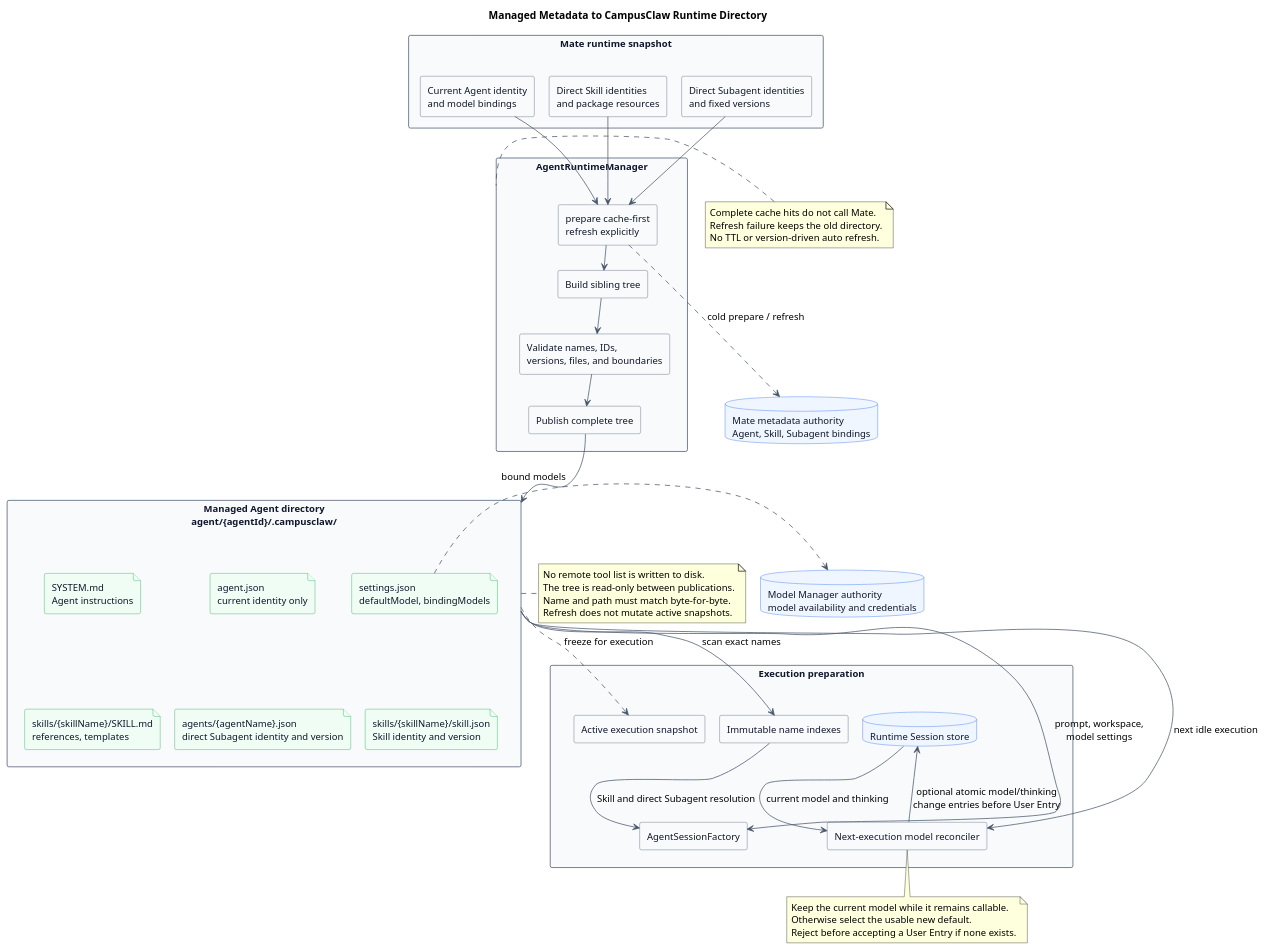
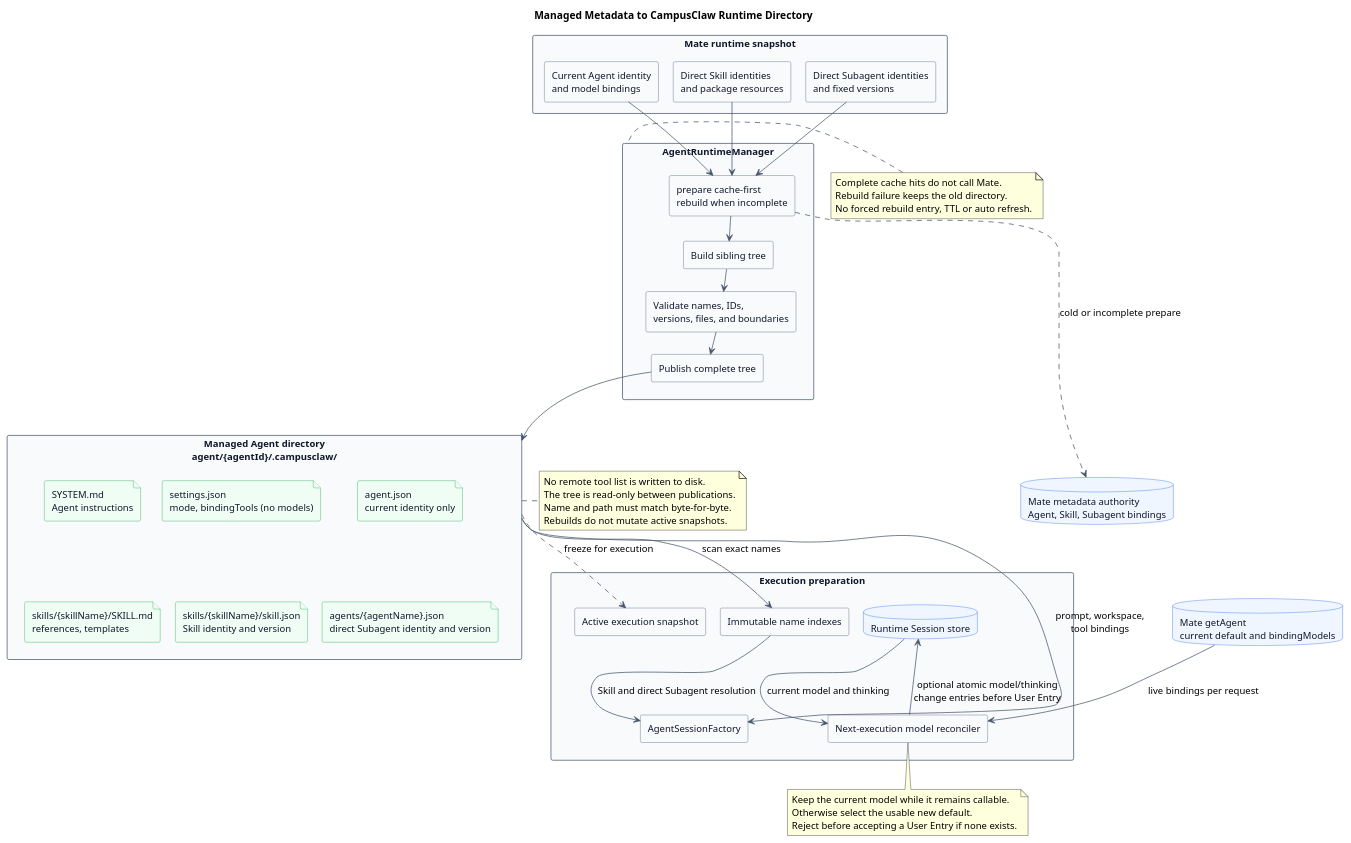
Before and after one commit to ssm0808/pi-mono-java-design: the diagram in 01-总体架构/01-CampusClaw多Agent运行时/设计图/元数据/diagram.puml, drawn with PlantUML. The commit also changed 18 other files, not shown here.

```diff
--- a/01-总体架构/01-CampusClaw多Agent运行时/设计图/元数据/diagram.puml
+++ b/01-总体架构/01-CampusClaw多Agent运行时/设计图/元数据/diagram.puml
@@ -1,111 +1,111 @@
 @startuml metadata_runtime_directory_mapping
 title Managed Metadata to CampusClaw Runtime Directory
 top to bottom direction
 skinparam nodesep 20
 skinparam ranksep 30
 
 ' Source evidence (CampusClaw PR 167 f60cc3e78bb8b700527ac082c7c8e10524ede095):
 ' modules/coding-agent-cli/src/main/java/com/campusclaw/codingagent/runtime/AgentRuntimeManager.java, prepare and materialize.
 ' modules/coding-agent-cli/src/main/java/com/campusclaw/codingagent/runtimeapi/agent/FileAgentDirectoryResolver.java, resolve.
 ' Observed behavior: the Java baseline has two file contracts and materializes the legacy CLI tree in place.
 ' Architecture change: one managed tree serves Runtime, Cron, and Subagent entry points.
 ' Security hardening: a complete sibling tree is validated before publication.
 ' Design reason: sessions consume immutable identity indexes and never persist remote tool lists.
-' Architecture change: refresh publishes metadata only; the next idle execution reconciles its model.
+' Architecture change: models are not stored in the tree; the next idle execution reconciles against Mate getAgent.
+' refresh was removed (no production caller); deleting agent.json makes the cache incomplete for the next prepare.
 
 skinparam backgroundColor #FFFFFF
 skinparam shadowing false
 skinparam defaultFontName Arial
 skinparam defaultFontSize 13
 skinparam rectangle {
   BackgroundColor #F8FAFC
   BorderColor #475569
   FontColor #0F172A
 }
 skinparam database {
   BackgroundColor #EFF6FF
   BorderColor #2563EB
   FontColor #0F172A
 }
 skinparam file {
   BackgroundColor #F0FDF4
   BorderColor #16A34A
   FontColor #0F172A
 }
 skinparam ArrowColor #475569
 
 rectangle "Mate runtime snapshot" as Input {
   rectangle "Current Agent identity\nand model bindings" as AgentMetadata
   rectangle "Direct Skill identities\nand package resources" as SkillMetadata
   rectangle "Direct Subagent identities\nand fixed versions" as SubagentMetadata
 }
 
 rectangle "AgentRuntimeManager" as Manager {
-  rectangle "prepare cache-first\nrefresh explicitly" as Resolve
+  rectangle "prepare cache-first\nrebuild when incomplete" as Resolve
   rectangle "Build sibling tree" as Build
   rectangle "Validate names, IDs,\nversions, files, and boundaries" as Validate
   rectangle "Publish complete tree" as Publish
 }
 
 rectangle "Managed Agent directory\nagent/{agentId}/.campusclaw/" as AgentDirectory {
   file "agent.json\ncurrent identity only" as AgentFile
-  file "settings.json\ndefaultModel, bindingModels" as SettingsFile
+  file "settings.json\nmode, bindingTools (no models)" as SettingsFile
   file "SYSTEM.md\nAgent instructions" as SystemFile
   file "agents/{agentName}.json\ndirect Subagent identity and version" as SubagentFile
   file "skills/{skillName}/skill.json\nSkill identity and version" as SkillIdentityFile
   file "skills/{skillName}/SKILL.md\nreferences, templates" as SkillPackage
 }
 
 database "Mate metadata authority\nAgent, Skill, Subagent bindings" as MateAuthority
-database "Model Manager authority\nmodel availability and credentials" as ModelManager
+database "Mate getAgent\ncurrent default and bindingModels" as ModelManager
 rectangle "Execution preparation" as Execution {
   rectangle "Immutable name indexes" as Indexes
   rectangle "AgentSessionFactory" as SessionFactory
   rectangle "Next-execution model reconciler" as Reconciler
   database "Runtime Session store" as SessionStore
   rectangle "Active execution snapshot" as ActiveSnapshot
 }
 
 AgentMetadata --> Resolve
 SkillMetadata --> Resolve
 SubagentMetadata --> Resolve
 Resolve --> Build
 Build --> Validate
 Validate --> Publish
 Publish --> AgentDirectory
 
-Resolve .right.> MateAuthority : cold prepare / refresh
-SettingsFile .right.> ModelManager : bound models
+Resolve .right.> MateAuthority : cold or incomplete prepare
 AgentDirectory -down-> Indexes : scan exact names
 Indexes --> SessionFactory : Skill and direct Subagent resolution
-AgentDirectory -down-> SessionFactory : prompt, workspace,\nmodel settings
-AgentDirectory -down-> Reconciler : next idle execution
+AgentDirectory -down-> SessionFactory : prompt, workspace,\ntool bindings
+ModelManager -down-> Reconciler : live bindings per request
 SessionStore --> Reconciler : current model and thinking
 Reconciler --> SessionStore : optional atomic model/thinking\nchange entries before User Entry
 AgentDirectory .down.> ActiveSnapshot : freeze for execution
 ActiveSnapshot -[hidden]right-> SessionStore
 
 note right of AgentDirectory
 No remote tool list is written to disk.
 The tree is read-only between publications.
 Name and path must match byte-for-byte.
-Refresh does not mutate active snapshots.
+Rebuilds do not mutate active snapshots.
 end note
 
 note left of Manager
 Complete cache hits do not call Mate.
-Refresh failure keeps the old directory.
-No TTL or version-driven auto refresh.
+Rebuild failure keeps the old directory.
+No forced rebuild entry, TTL or auto refresh.
 end note
 
 note bottom of Reconciler
 Keep the current model while it remains callable.
 Otherwise select the usable new default.
 Reject before accepting a User Entry if none exists.
 end note
 AgentFile -[hidden]down-> SubagentFile
 SettingsFile -[hidden]down-> SkillIdentityFile
 SystemFile -[hidden]down-> SkillPackage
 AgentDirectory -[hidden]down-> Execution
 MateAuthority -[hidden]down-> ModelManager
 @enduml
```
